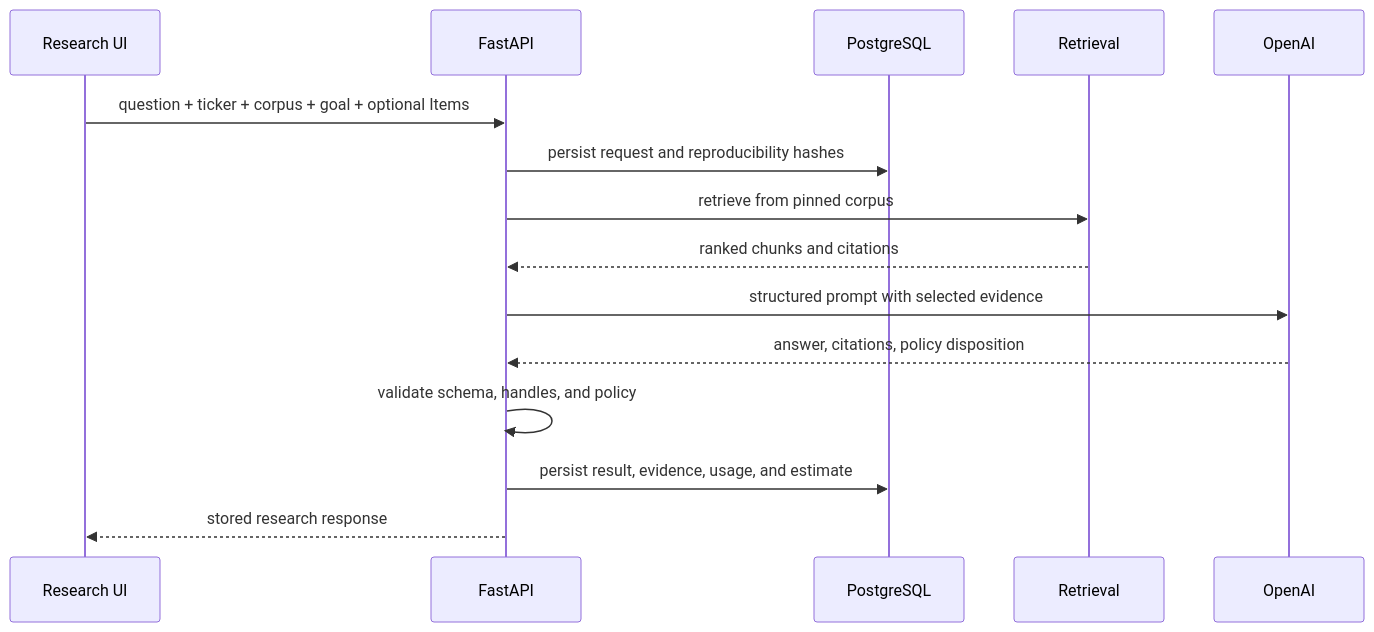
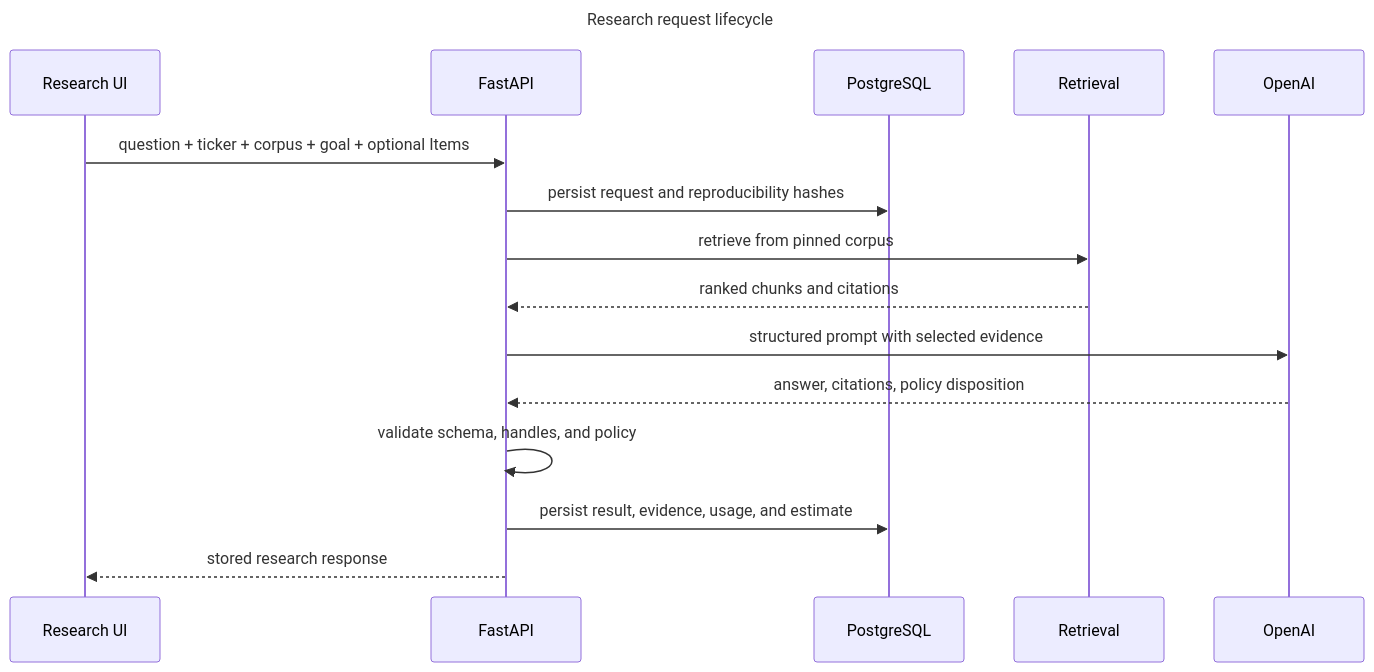
The first of 2 diagrams in docs/research.md (hongchit/sec-filing-rag-poc), drawn with Mermaid before and after one commit. The commit also changed other lines of this file and 43 other files, not shown here.

````diff
--- a/docs/research.md
+++ b/docs/research.md
@@ -21,18 +21,21 @@
 ```mermaid
+---
+title: Research request lifecycle
+---
 sequenceDiagram
   participant UI as Research UI
   participant API as FastAPI
   participant DB as PostgreSQL
   participant RET as Retrieval
   participant LLM as OpenAI
 
   UI->>API: question + ticker + corpus + goal + optional Items
   API->>DB: persist request and reproducibility hashes
   API->>RET: retrieve from pinned corpus
   RET-->>API: ranked chunks and citations
   API->>LLM: structured prompt with selected evidence
   LLM-->>API: answer, citations, policy disposition
   API->>API: validate schema, handles, and policy
   API->>DB: persist result, evidence, usage, and estimate
   API-->>UI: stored research response
 ```
````
